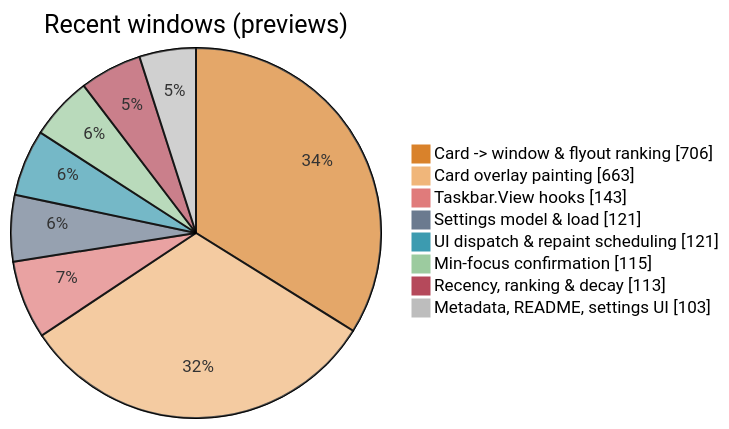
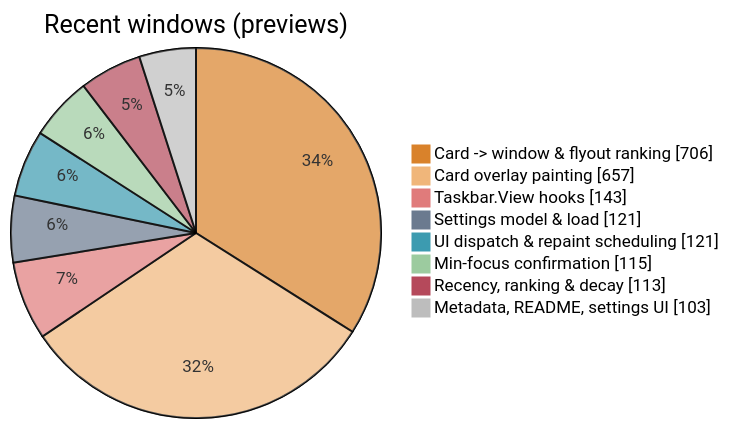
One commit to jvlasek/taskbar-recent-focus-highlight changed the fifth of 5 diagrams in doc/code/code-breakdown.md. Above: the diagram before and after it, drawn with Mermaid. The commit also changed other lines of this file and 5 other files, not shown here.

````diff
--- a/doc/code/code-breakdown.md
+++ b/doc/code/code-breakdown.md
@@ -153,12 +153,12 @@
 ```mermaid
 %%{init: {"themeVariables": {"pie1": "#D9822B", "pie2": "#F0B67A", "pie3": "#E07B7B", "pie4": "#6B7A8F", "pie5": "#3C9BB0", "pie6": "#9CCB9F", "pie7": "#B5495B", "pie8": "#BDBDBD", "pieOuterStrokeWidth": "1px"}}}%%
 pie showData title Recent windows (previews)
     "Card -> window & flyout ranking" : 706
-    "Card overlay painting" : 663
+    "Card overlay painting" : 657
     "Taskbar.View hooks" : 143
     "Settings model & load" : 121
     "UI dispatch & repaint scheduling" : 121
     "Min-focus confirmation" : 115
     "Recency, ranking & decay" : 113
     "Metadata, README, settings UI" : 103
 ```
````
